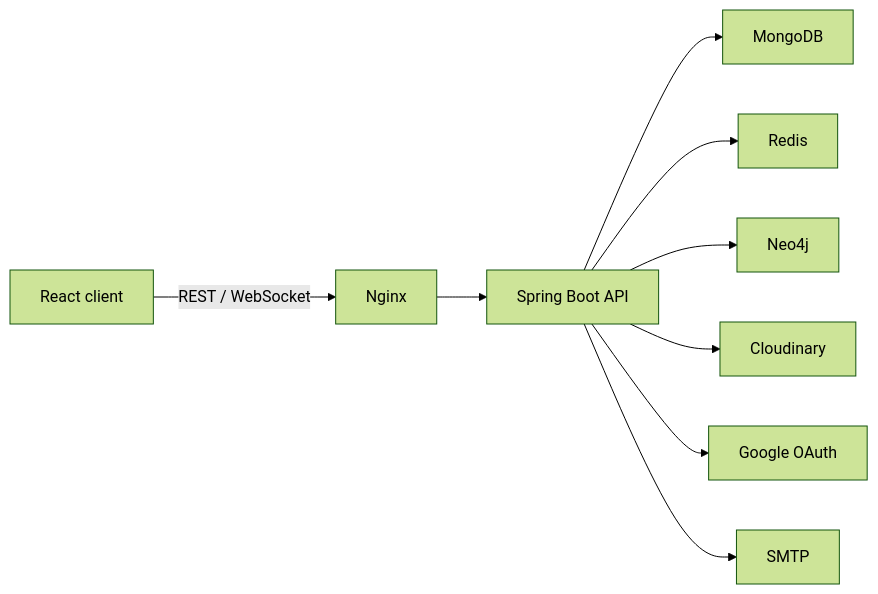
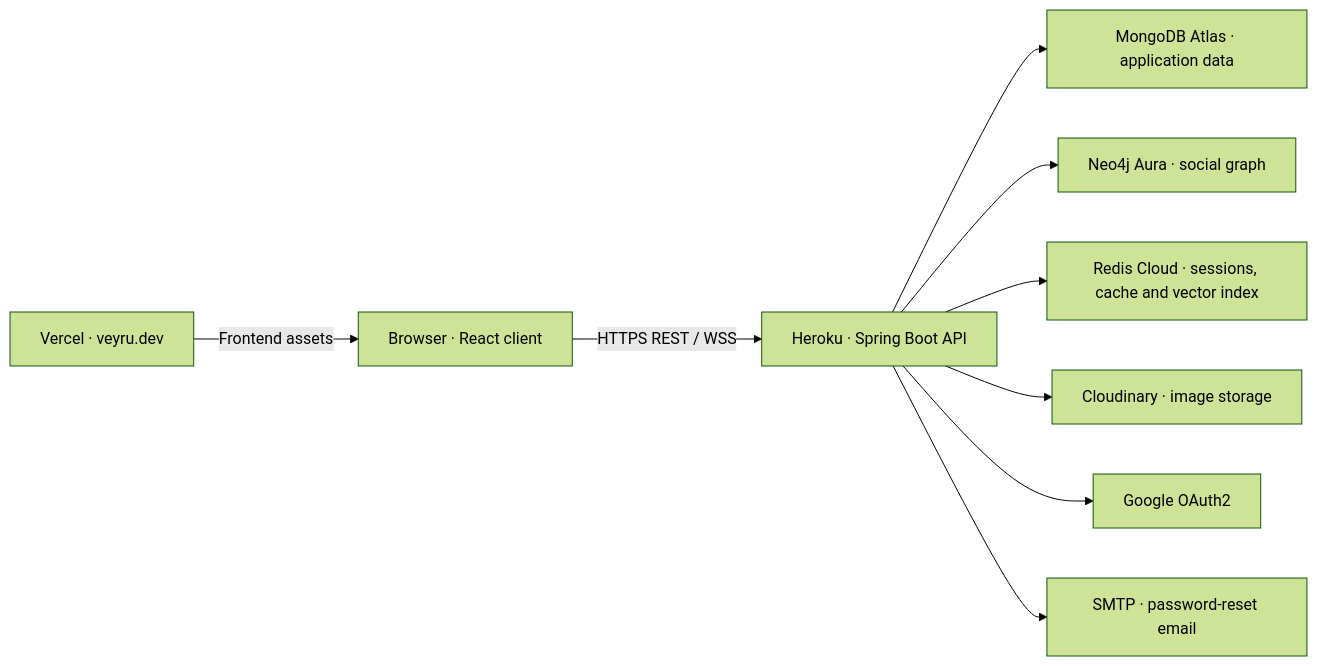
The diagram in README.md (tphuc263/veyru), drawn with Mermaid (forest theme) before and after one commit. The commit also changed other lines of this file and 3 other files, not shown here.

````diff
--- a/README.md
+++ b/README.md
@@ -19,11 +48,21 @@
 ```mermaid
 flowchart LR
-    Browser[React client] -->|REST / WebSocket| Nginx
-    Nginx --> API[Spring Boot API]
-    API --> MongoDB
+    Browser["Browser · React client"]
+    Vercel["Vercel · veyru.dev"]
+    API["Heroku · Spring Boot API"]
+    Mongo["MongoDB Atlas · application data"]
+    Graph["Neo4j Aura · social graph"]
+    Redis["Redis Cloud · sessions, cache and vector index"]
+    Images["Cloudinary · image storage"]
+    Google["Google OAuth2"]
+    Mail["SMTP · password-reset email"]
+
+    Vercel -->|Frontend assets| Browser
+    Browser -->|HTTPS REST / WSS| API
+    API --> Mongo
+    API --> Graph
     API --> Redis
-    API --> Neo4j
-    API --> Cloudinary
-    API --> Google[Google OAuth]
-    API --> SMTP
+    API --> Images
+    API --> Google
+    API --> Mail
 ```
````
